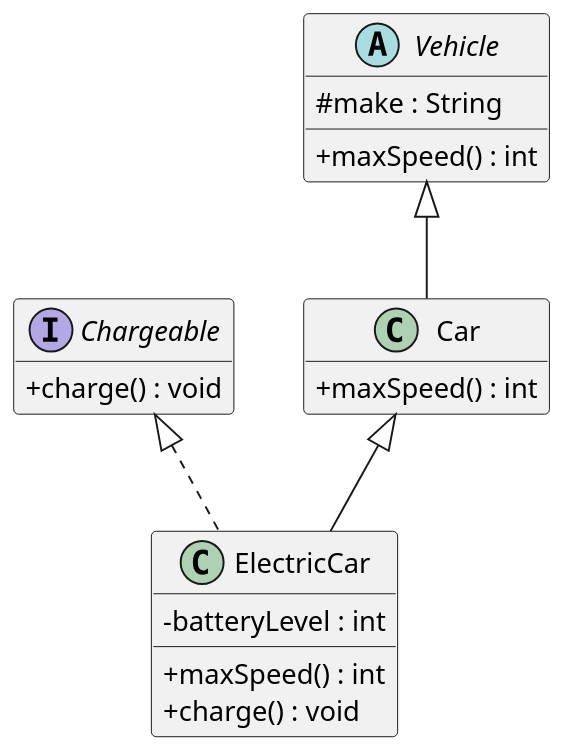
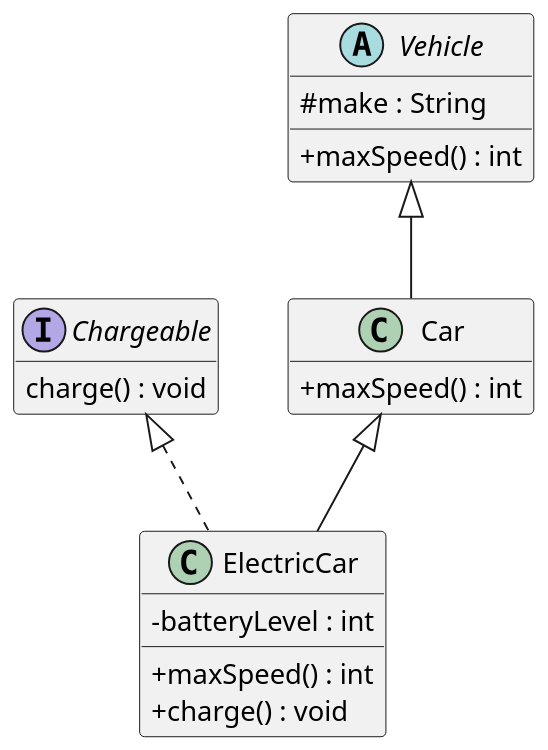
The diagram in plantuml/exercises/vehicles-uml-starter.puml (MichaelZiyu/207-course-notes), drawn with PlantUML before and after one commit. The commit also changed 1 other file, not shown here.

```diff
--- a/plantuml/exercises/vehicles-uml-starter.puml
+++ b/plantuml/exercises/vehicles-uml-starter.puml
@@ -1,43 +1,43 @@
 @startuml
 skinparam dpi 150
 skinparam classAttributeIconSize 0
 hide empty members
 
 ' Your task (Chapter 3, Question 2): draw the UML class diagram for the
 ' Vehicle / Car / ElectricCar / Chargeable code.
 '
 ' Define each type as a box, then connect them with the right arrows. One box
 ' (Chargeable) is filled in as an example — complete the other three and add the
 ' relationships.
 '
 ' PlantUML cheat-sheet:
 '   interface Name { + method() : Type }
 '   abstract class Name { # field : Type }
 '   class Name { - field : Type }
 '   Parent    <|-- Child    ' generalization: Child extends Parent
 '   Interface <|.. Class    ' realization:    Class implements Interface
 ' (Putting the parent/interface on the LEFT of the arrow keeps it on top.)
 
 interface Chargeable {
-  + charge() : void
+  charge() : void
 }
 
 ' TODO: add "abstract class Vehicle", "class Car", and "class ElectricCar"
 '       (with their fields and methods), then add the arrows between all four
 '       types.
 abstract class Vehicle {
     # make : String
     + maxSpeed() : int
 }
 
 class Car extends Vehicle {
   + maxSpeed() : int
 }
 
 class ElectricCar extends Car implements Chargeable {
   - batteryLevel : int
   + maxSpeed() : int
   + charge() : void
 
 }
 @enduml
```
